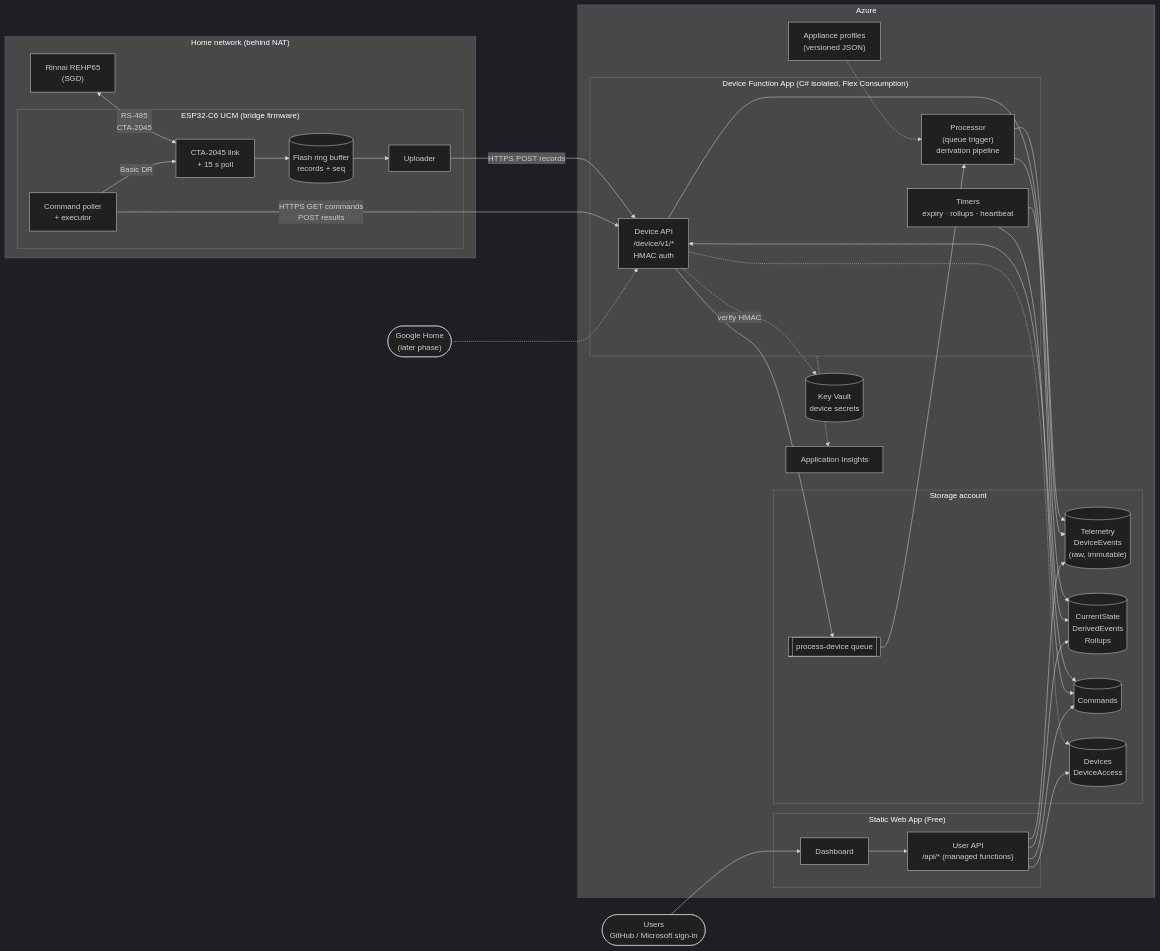
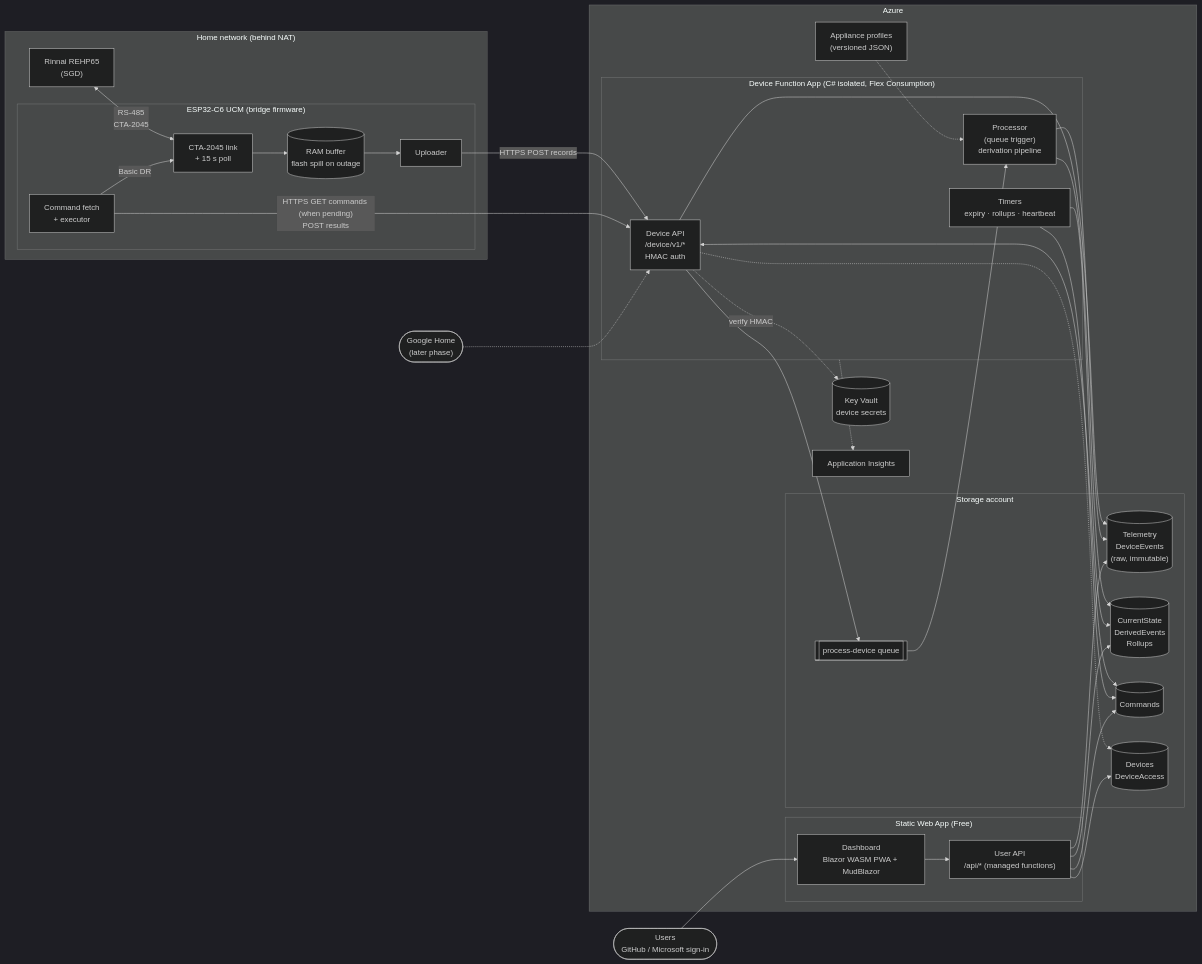
Before and after one commit to jrowe88/ecoport-bridge: the first of 5 diagrams in docs/architecture.md, drawn with Mermaid (dark theme). The commit also changed other lines of this file and 33 other files, not shown here.

First line of the commit message:
Switch firmware to Rust on ESP-IDF; update architecture plan

````diff
--- a/docs/architecture.md
+++ b/docs/architecture.md
@@ -69,61 +75,61 @@
 ```mermaid
 flowchart LR
     subgraph Home["Home network (behind NAT)"]
         WH["Rinnai REHP65<br/>(SGD)"]
         subgraph UCM["ESP32-C6 UCM (bridge firmware)"]
             LINK["CTA-2045 link<br/>+ 15 s poll"]
-            BUF[("Flash ring buffer<br/>records + seq")]
+            BUF[("RAM buffer<br/>flash spill on outage")]
             UP["Uploader"]
-            POLL["Command poller<br/>+ executor"]
+            POLL["Command fetch<br/>+ executor"]
         end
         WH <-->|"RS-485<br/>CTA-2045"| LINK
         LINK --> BUF --> UP
         POLL -->|"Basic DR"| LINK
     end
 
     subgraph Azure
         subgraph FA["Device Function App (C# isolated, Flex Consumption)"]
             DAPI["Device API<br/>/device/v1/*<br/>HMAC auth"]
             PROC["Processor<br/>(queue trigger)<br/>derivation pipeline"]
             TMR["Timers<br/>expiry · rollups · heartbeat"]
         end
         subgraph ST["Storage account"]
             RAW[("Telemetry<br/>DeviceEvents<br/>(raw, immutable)")]
             Q[["process-device queue"]]
             DER[("CurrentState<br/>DerivedEvents<br/>Rollups")]
             CMD[("Commands")]
             REG[("Devices<br/>DeviceAccess")]
         end
         KV[("Key Vault<br/>device secrets")]
         PROF["Appliance profiles<br/>(versioned JSON)"]
         subgraph SWA["Static Web App (Free)"]
-            WEB["Dashboard"]
+            WEB["Dashboard<br/>Blazor WASM PWA + MudBlazor"]
             UAPI["User API<br/>/api/* (managed functions)"]
         end
         AI["Application Insights"]
     end
 
     USER(["Users<br/>GitHub / Microsoft sign-in"])
     GH(["Google Home<br/>(later phase)"])
 
     UP -->|"HTTPS POST records"| DAPI
-    POLL -->|"HTTPS GET commands<br/>POST results"| DAPI
+    POLL -->|"HTTPS GET commands (when pending)<br/>POST results"| DAPI
     DAPI --> RAW
     DAPI --> Q
     DAPI <--> CMD
     DAPI -.->|"verify HMAC"| KV
     DAPI -.-> REG
     Q --> PROC
     PROC --> RAW
     PROC --> DER
     PROF -.-> PROC
     TMR --> CMD
     TMR --> DER
     USER --> WEB --> UAPI
     UAPI --> DER
     UAPI --> RAW
     UAPI --> CMD
     UAPI --> REG
     GH -.-> DAPI
     FA -.-> AI
 ```
````
